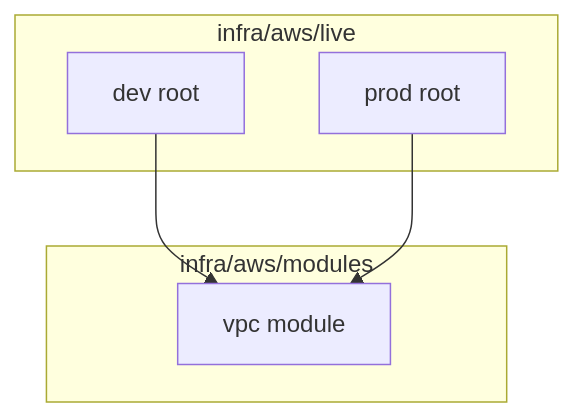
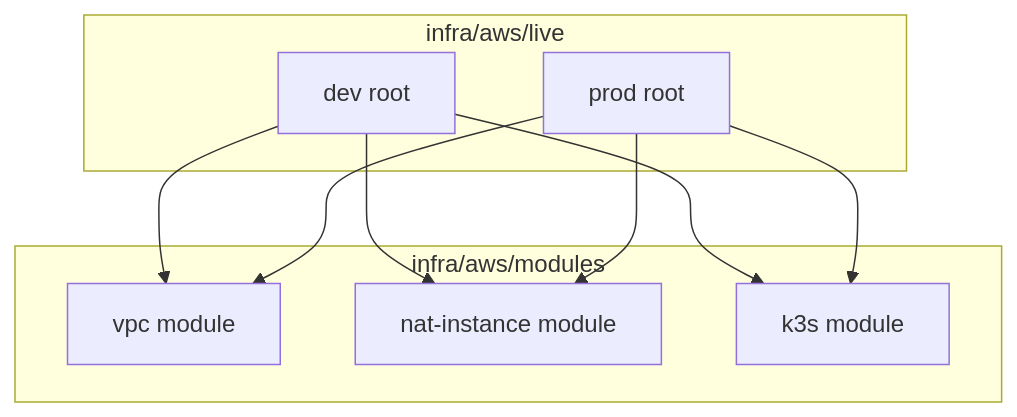
Before and after one commit to ClementV78/CloudRadar: the first of 2 diagrams in docs/architecture/infrastructure.md, drawn with Mermaid. The commit also changed other lines of this file and 2 other files, not shown here.

First line of the commit message:
docs(architecture): refresh infra inventory

````diff
--- a/docs/architecture/infrastructure.md
+++ b/docs/architecture/infrastructure.md
@@ -7,14 +7,20 @@
 ```mermaid
 flowchart TB
   subgraph Live["infra/aws/live"]
     dev["dev root"]
     prod["prod root"]
   end
 
   subgraph Modules["infra/aws/modules"]
     vpc["vpc module"]
+    nat["nat-instance module"]
+    k3s["k3s module"]
   end
 
   dev --> vpc
+  dev --> nat
+  dev --> k3s
   prod --> vpc
+  prod --> nat
+  prod --> k3s
 ```
````
